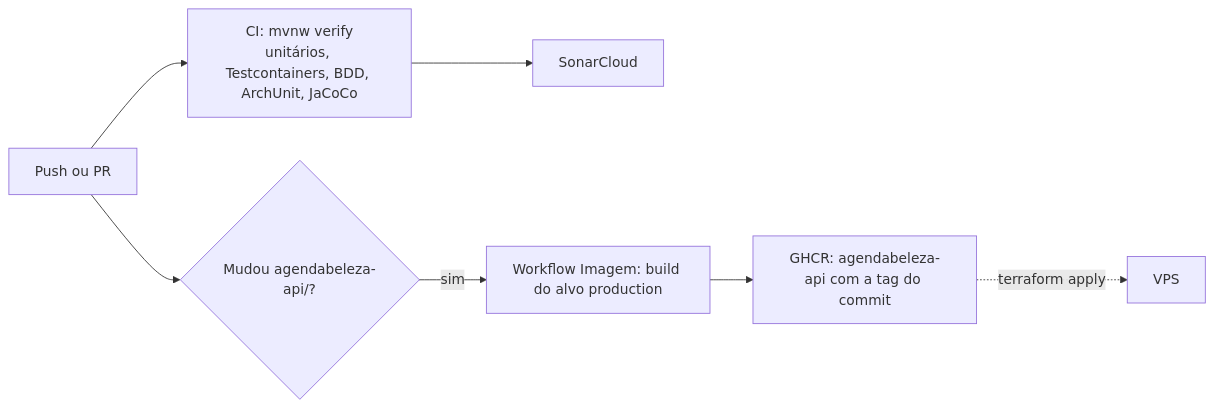
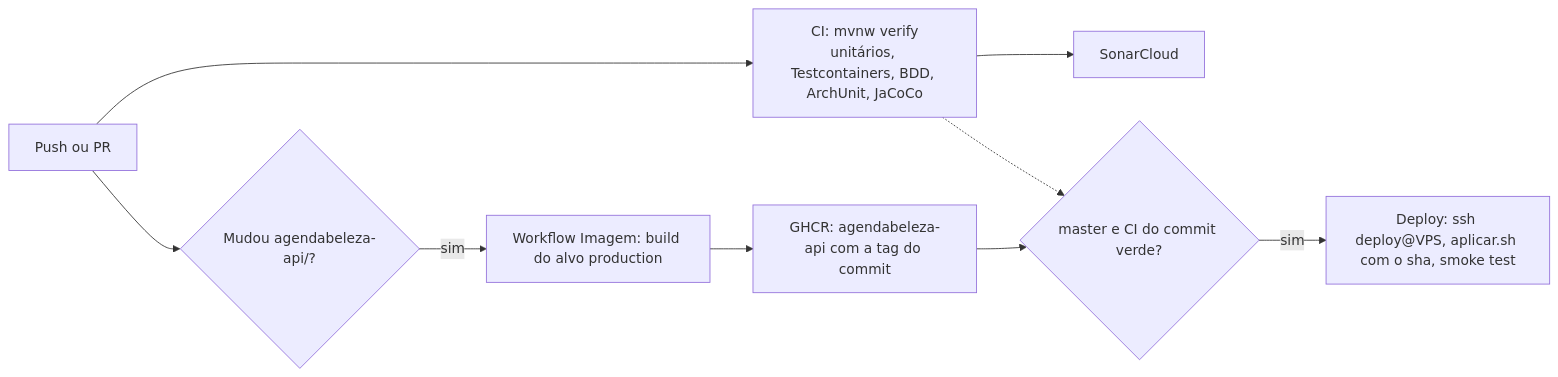
The seventh of 8 diagrams in artefatos/arquitetura-do-sistema.md (c-nnett/prova-sub-fase-3), drawn with Mermaid before and after one commit. The commit also changed other lines of this file and 2 other files, not shown here.

Commit message:
doc: Registrando o deploy automático pelo GitHub Actions com o estado do Terraform na VPS

````diff
--- a/artefatos/arquitetura-do-sistema.md
+++ b/artefatos/arquitetura-do-sistema.md
@@ -442,9 +442,11 @@
 ```mermaid
 flowchart LR
     push["Push ou PR"] --> verify["CI: mvnw verify<br/>unitários, Testcontainers, BDD, ArchUnit, JaCoCo"]
     verify --> sonar["SonarCloud"]
     push --> mudou{"Mudou agendabeleza-api/?"}
     mudou -->|"sim"| image["Workflow Imagem: build do alvo production"]
     image --> ghcr["GHCR: agendabeleza-api com a tag do commit"]
-    ghcr -.->|"terraform apply"| vps["VPS"]
+    ghcr --> deploy{"master e CI do commit verde?"}
+    verify -.-> deploy
+    deploy -->|"sim"| vps["Deploy: ssh deploy@VPS, aplicar.sh com o sha, smoke test"]
 ```
````
